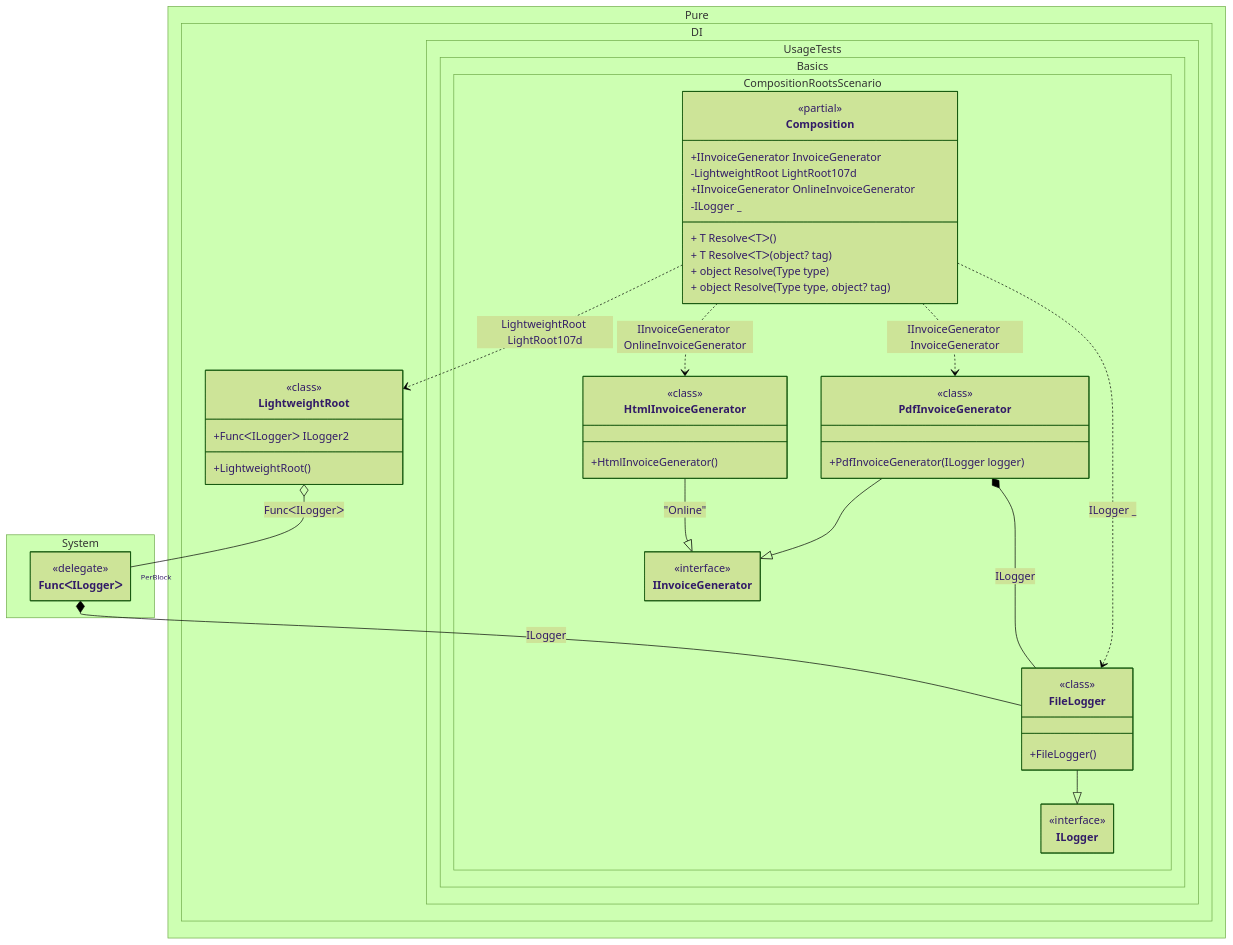
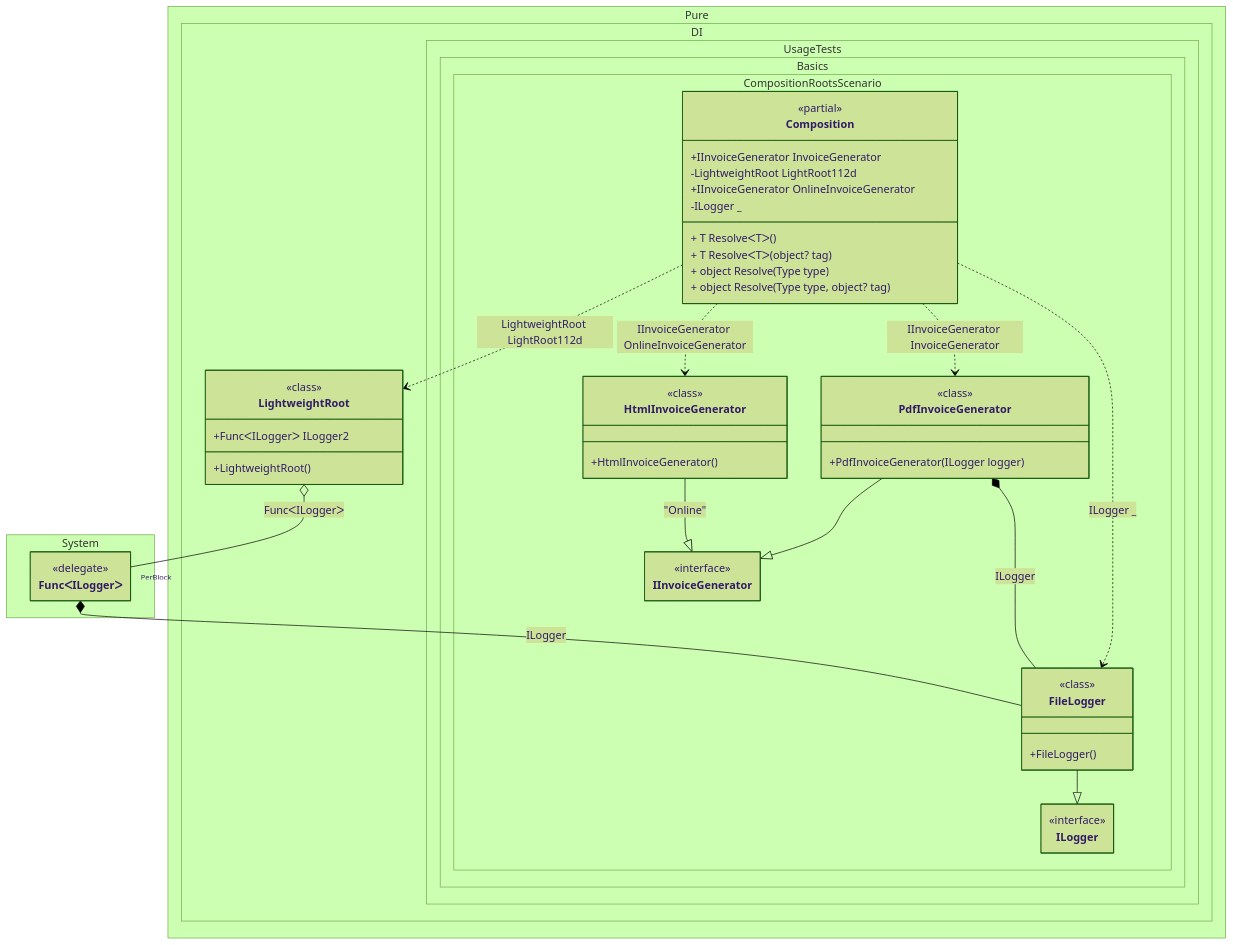
One commit to DevTeam/Pure.DI changed the diagram in readme/composition-roots.md. Above: the diagram before and after it, drawn with Mermaid (forest theme). The commit also changed other lines of this file and 111 other files, not shown here.

````diff
--- a/readme/composition-roots.md
+++ b/readme/composition-roots.md
@@ -324,63 +324,63 @@
 ```mermaid
 ---
  config:
   maxTextSize: 2147483647
   maxEdges: 2147483647
   class:
    hideEmptyMembersBox: true
 ---
 classDiagram
 	PdfInvoiceGenerator --|> IInvoiceGenerator
 	HtmlInvoiceGenerator --|> IInvoiceGenerator : "Online" 
 	FileLogger --|> ILogger
-	Composition ..> LightweightRoot : LightweightRoot LightRoot107d
+	Composition ..> LightweightRoot : LightweightRoot LightRoot112d
 	Composition ..> HtmlInvoiceGenerator : IInvoiceGenerator OnlineInvoiceGenerator
 	Composition ..> FileLogger : ILogger _
 	Composition ..> PdfInvoiceGenerator : IInvoiceGenerator InvoiceGenerator
 	PdfInvoiceGenerator *--  FileLogger : ILogger
 	LightweightRoot o-- "PerBlock" FuncᐸILoggerᐳ : FuncᐸILoggerᐳ
 	FuncᐸILoggerᐳ *--  FileLogger : ILogger
 	namespace Pure.DI {
 		class LightweightRoot {
 				<<class>>
 			+LightweightRoot()
 			+FuncᐸILoggerᐳ ILogger2
 		}
 	}
 	namespace Pure.DI.UsageTests.Basics.CompositionRootsScenario {
 		class Composition {
 		<<partial>>
 		+IInvoiceGenerator InvoiceGenerator
-		-LightweightRoot LightRoot107d
+		-LightweightRoot LightRoot112d
 		+IInvoiceGenerator OnlineInvoiceGenerator
 		-ILogger _
 		+ T ResolveᐸTᐳ()
 		+ T ResolveᐸTᐳ(object? tag)
 		+ object Resolve(Type type)
 		+ object Resolve(Type type, object? tag)
 		}
 		class FileLogger {
 				<<class>>
 			+FileLogger()
 		}
 		class HtmlInvoiceGenerator {
 				<<class>>
 			+HtmlInvoiceGenerator()
 		}
 		class IInvoiceGenerator {
 			<<interface>>
 		}
 		class ILogger {
 			<<interface>>
 		}
 		class PdfInvoiceGenerator {
 				<<class>>
 			+PdfInvoiceGenerator(ILogger logger)
 		}
 	}
 	namespace System {
 		class FuncᐸILoggerᐳ {
 				<<delegate>>
 		}
 	}
 ```
````
